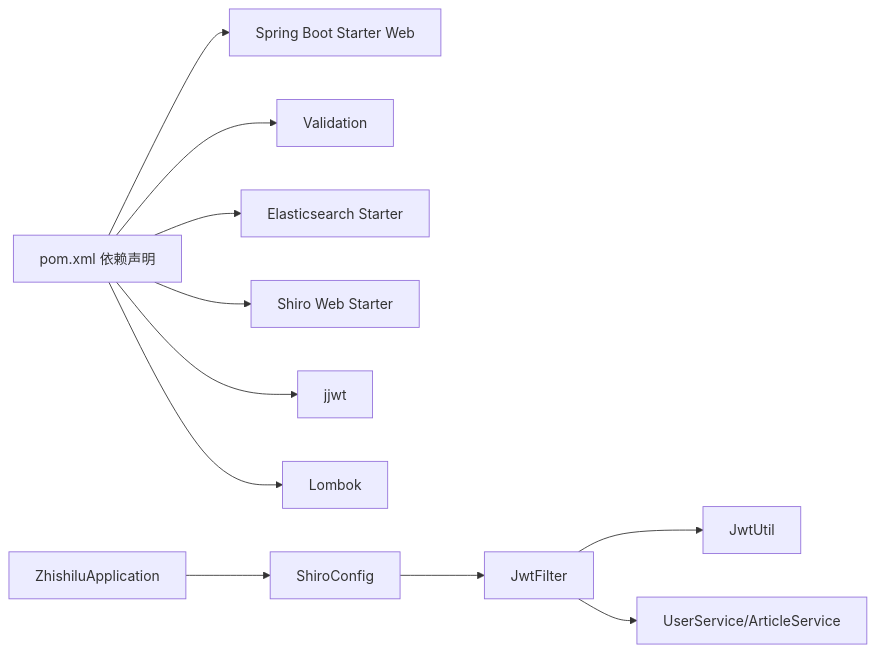
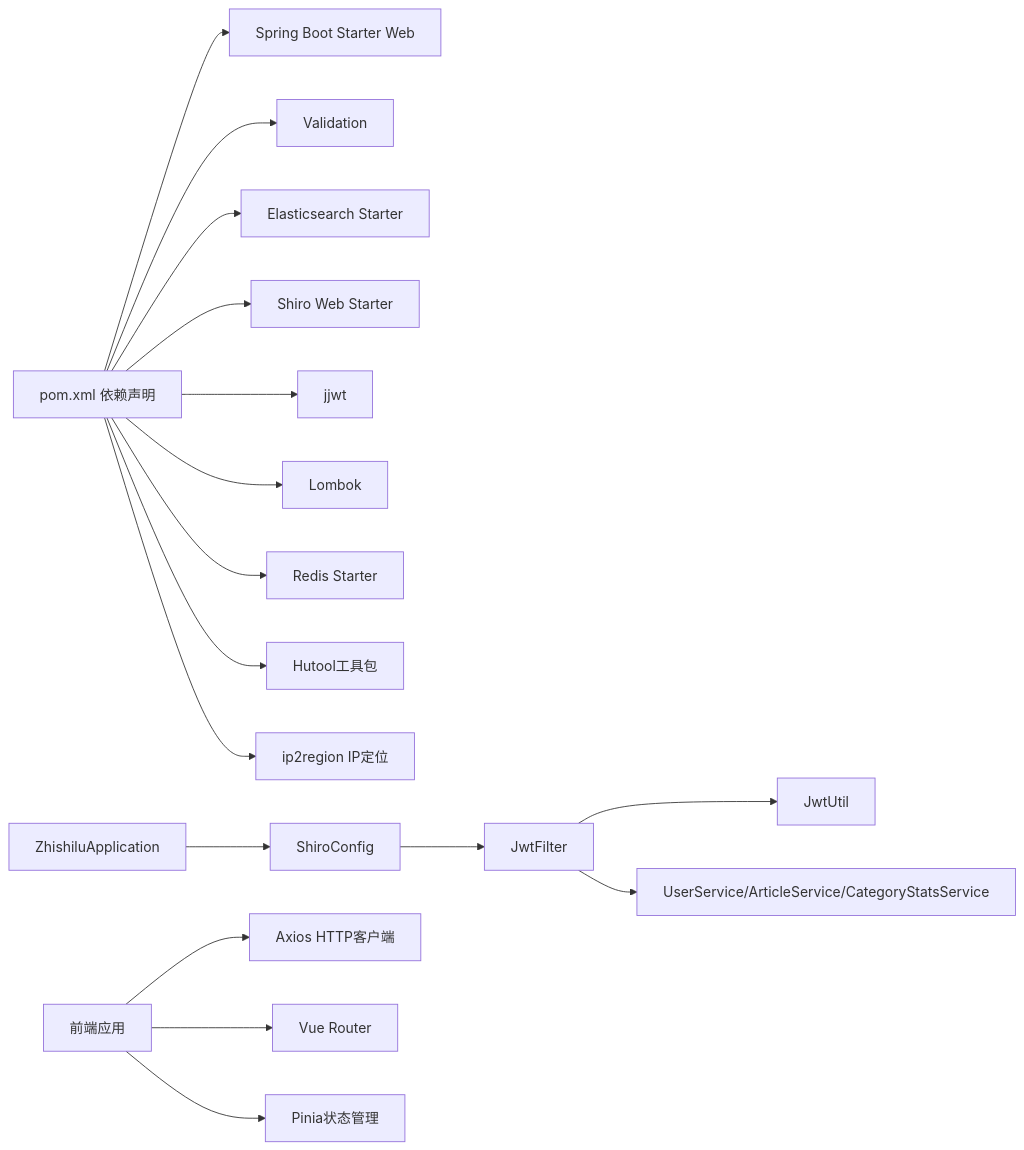
Before and after one commit to 20164206160/zhishilu: the eighth of 8 diagrams in .qoder/repowiki/zh/content/系统架构/整体架构设计.md, drawn with Mermaid. The commit also changed other lines of this file and 28 other files, not shown here.

````diff
--- a/.qoder/repowiki/zh/content/系统架构/整体架构设计.md
+++ b/.qoder/repowiki/zh/content/系统架构/整体架构设计.md
@@ -330,13 +528,19 @@
 ```mermaid
 graph LR
 POM["pom.xml 依赖声明"] --> SB["Spring Boot Starter Web"]
 POM --> VAL["Validation"]
 POM --> ES["Elasticsearch Starter"]
 POM --> SHIRO["Shiro Web Starter"]
 POM --> JWT["jjwt"]
 POM --> LOMBOK["Lombok"]
+POM --> REDIS["Redis Starter"]
+POM --> HUTOOL["Hutool工具包"]
+POM --> IP2REGION["ip2region IP定位"]
 APP["ZhishiluApplication"] --> CFG["ShiroConfig"]
 CFG --> F["JwtFilter"]
 F --> UTL["JwtUtil"]
-F --> SVC["UserService/ArticleService"]
+F --> SVC["UserService/ArticleService/CategoryStatsService"]
+FRONT["前端应用"] --> AXIOS["Axios HTTP客户端"]
+FRONT --> ROUTER["Vue Router"]
+FRONT --> PINIA["Pinia状态管理"]
 ```
````
